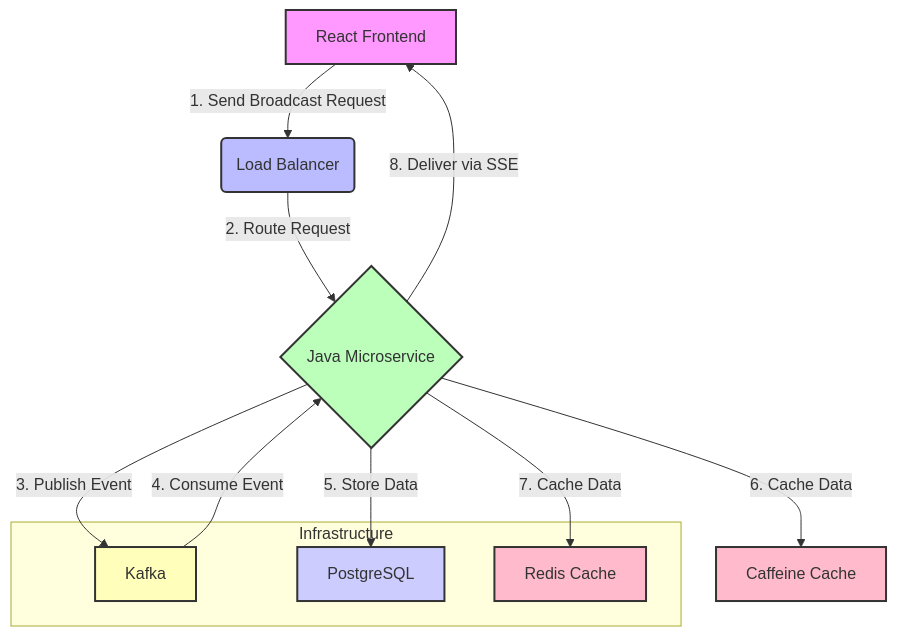
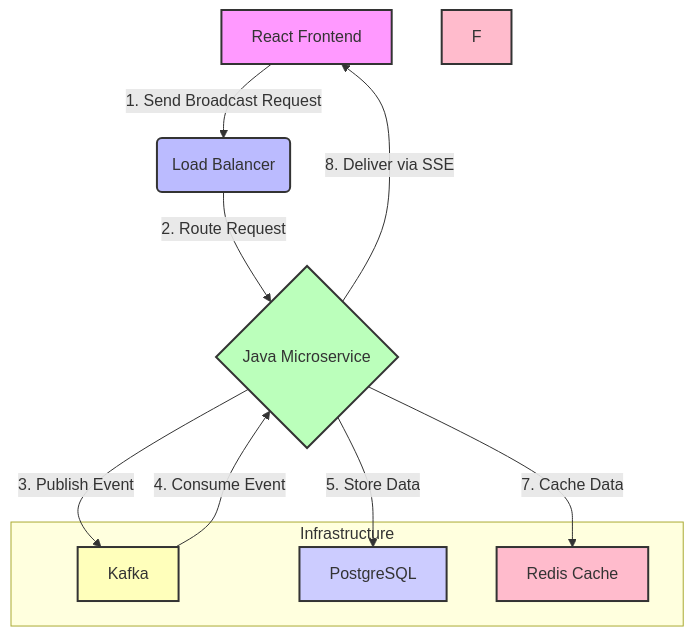
Before and after one commit to rsrini7/Notification-SSE-GLM-Flux: the diagram in docs/index.md, drawn with Mermaid. The commit also changed other lines of this file and 18 other files, not shown here.

First line of the commit message:
refactor(cache): replace caffeine with redis as sole caching solution

````diff
--- a/docs/index.md
+++ b/docs/index.md
@@ -16,25 +15,24 @@
 ```mermaid
 graph TD
     A[React Frontend] -->|1. Send Broadcast Request| B(Load Balancer)
     B -->|2. Route Request| C{Java Microservice}
     C -->|3. Publish Event| D[Kafka]
     D -->|4. Consume Event| C
     C -->|5. Store Data| E[PostgreSQL]
-    C -->|6. Cache Data| F[Caffeine Cache]
     C -->|7. Cache Data| G[Redis Cache]
     C -->|8. Deliver via SSE| A
 
     subgraph Infrastructure
         D
         E
         G
     end
 
     style A fill:#f9f,stroke:#333,stroke-width:2px
     style B fill:#bbf,stroke:#333,stroke-width:2px
     style C fill:#bfb,stroke:#333,stroke-width:2px
     style D fill:#ffb,stroke:#333,stroke-width:2px
     style E fill:#ccf,stroke:#333,stroke-width:2px
     style F fill:#fbc,stroke:#333,stroke-width:2px
     style G fill:#fbc,stroke:#333,stroke-width:2px
 ```
````
